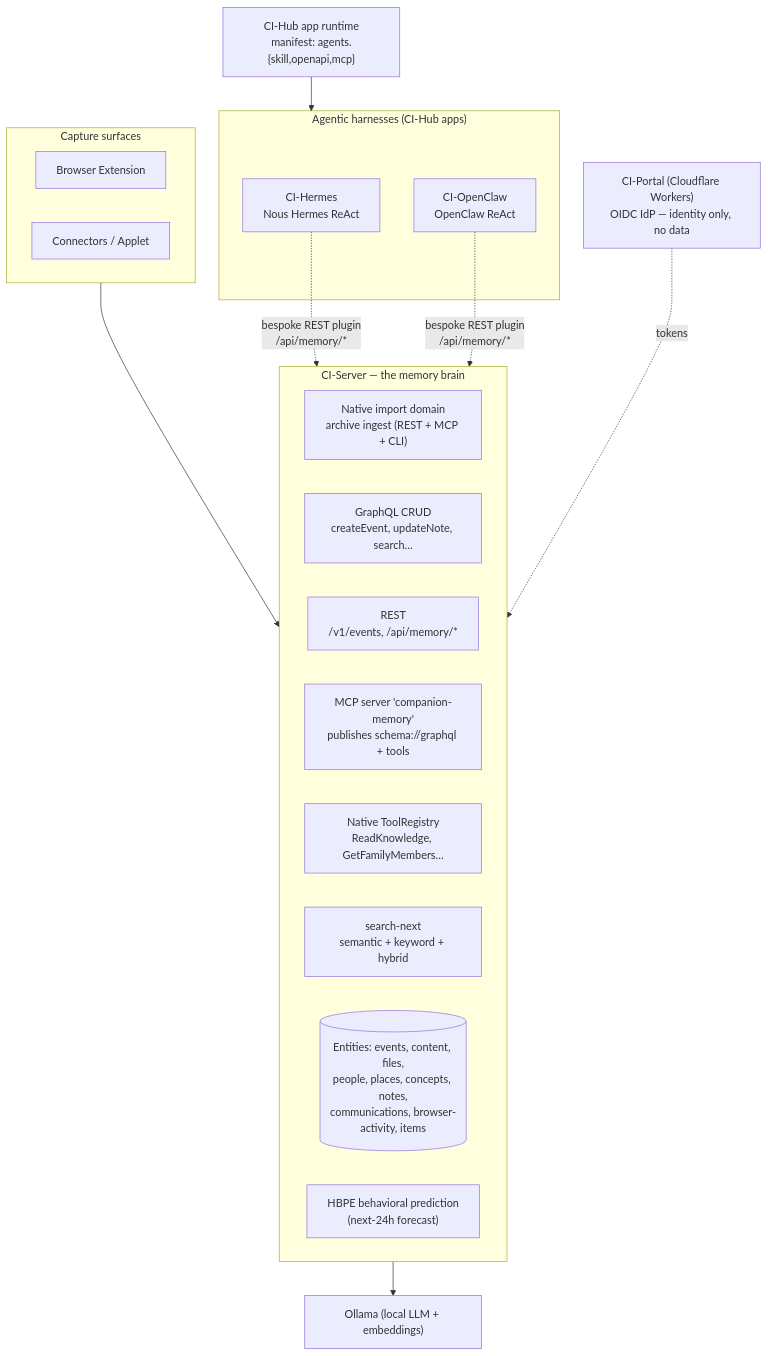
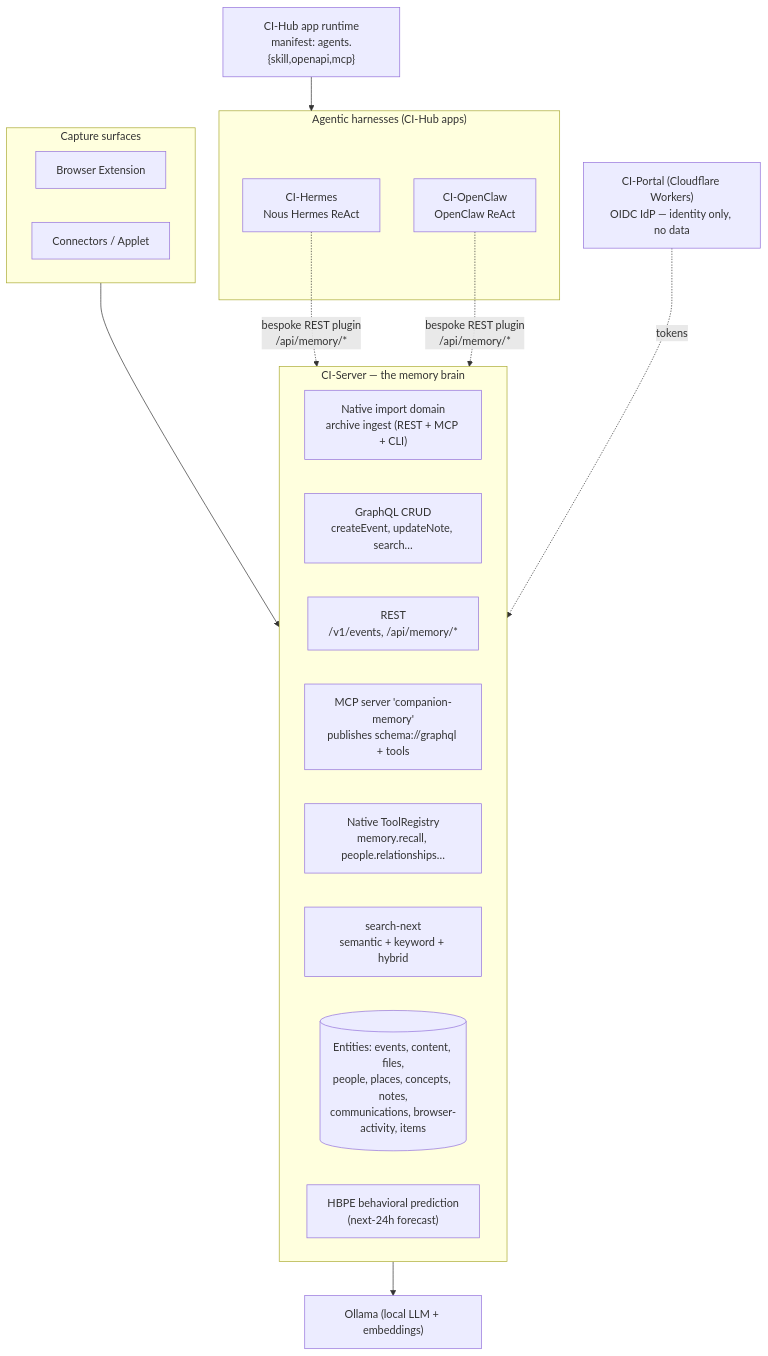
One commit to bennettchamberlain/Requiemv1 changed the second of 5 diagrams in vsAppleIntelligence.md. Above: the diagram before and after it, drawn with Mermaid. The commit also changed other lines of this file and 81 other files, not shown here.

````diff
--- a/vsAppleIntelligence.md
+++ b/vsAppleIntelligence.md
@@ -101,30 +115,30 @@
 ```mermaid
 flowchart TB
   subgraph CAP["Capture surfaces"]
     Ext["Browser Extension"]
     Conn["Connectors / Applet"]
   end
   CAP --> SRV
 
   subgraph SRV["CI-Server — the memory brain"]
     IMPD["Native import domain<br/>archive ingest (REST + MCP + CLI)"]
     GQL["GraphQL CRUD<br/>createEvent, updateNote, search…"]
     REST["REST<br/>/v1/events, /api/memory/*"]
     MCPS["MCP server 'companion-memory'<br/>publishes schema://graphql + tools"]
-    TOOLS["Native ToolRegistry<br/>ReadKnowledge, GetFamilyMembers…"]
+    TOOLS["Native ToolRegistry<br/>memory.recall, people.relationships…"]
     SEARCH["search-next<br/>semantic + keyword + hybrid"]
     ENT[("Entities: events, content, files,<br/>people, places, concepts, notes,<br/>communications, browser-activity, items")]
     HBPE["HBPE behavioral prediction<br/>(next-24h forecast)"]
   end
 
   subgraph HARN["Agentic harnesses (CI-Hub apps)"]
     HERM["CI-Hermes<br/>Nous Hermes ReAct"]
     CLAW["CI-OpenClaw<br/>OpenClaw ReAct"]
   end
 
   HERM -.->|"bespoke REST plugin<br/>/api/memory/*"| SRV
   CLAW -.->|"bespoke REST plugin<br/>/api/memory/*"| SRV
   HUB["CI-Hub app runtime<br/>manifest: agents.{skill,openapi,mcp}"] --> HARN
   SRV --> OLL["Ollama (local LLM + embeddings)"]
   PORT["CI-Portal (Cloudflare Workers)<br/>OIDC IdP — identity only, no data"] -.->|tokens| SRV
 ```
````
